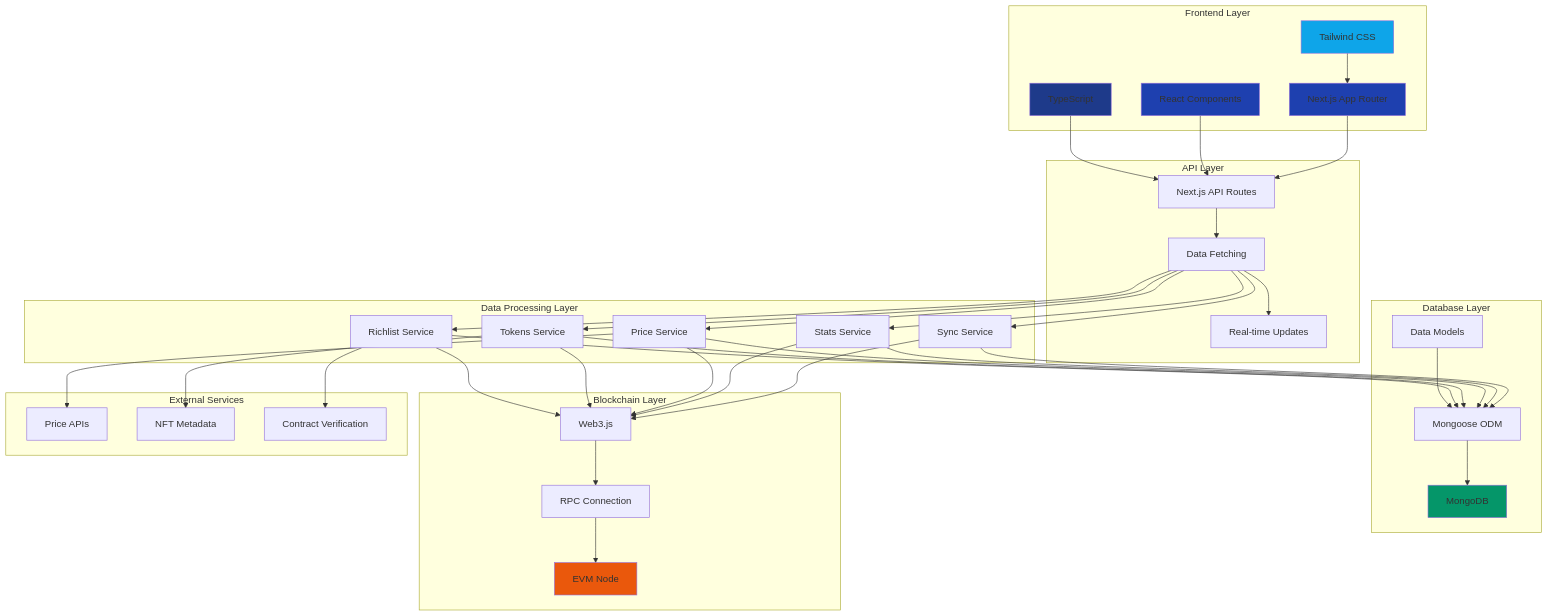
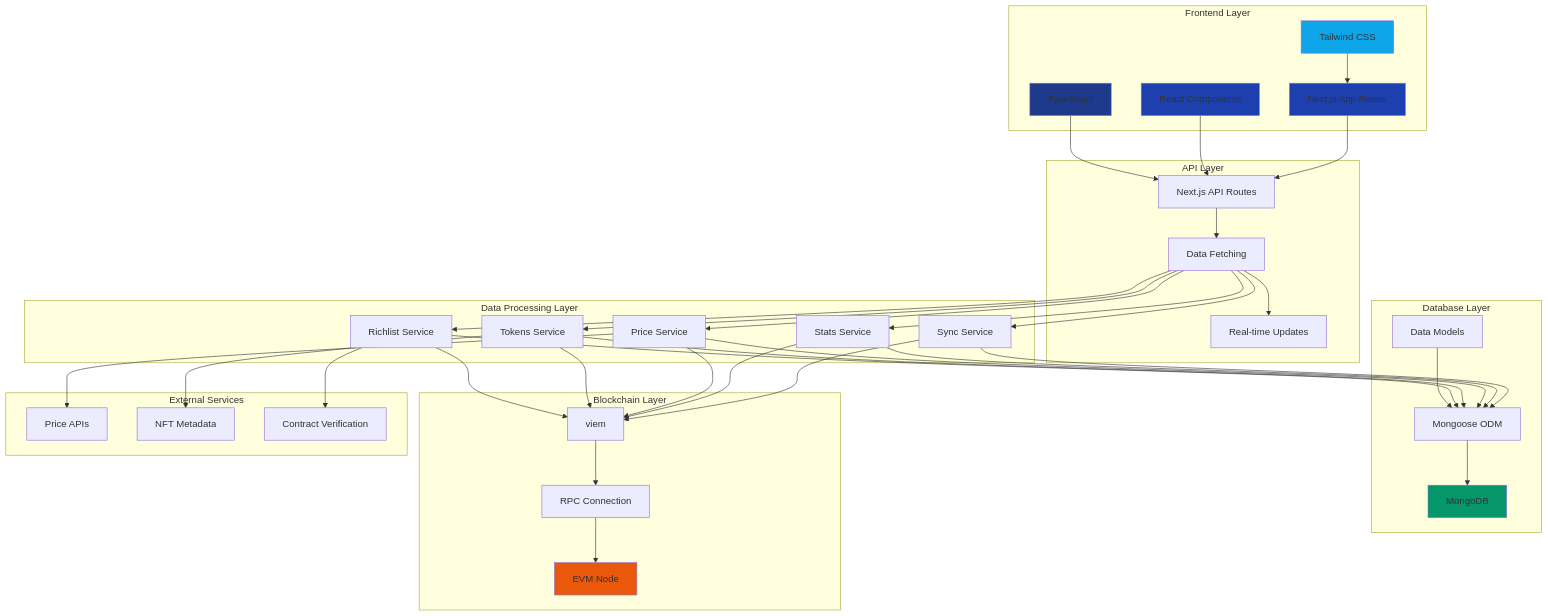
Before and after one commit to virbicoin/vbc-explorer: the first of 2 diagrams in README.md, drawn with Mermaid. The commit also changed other lines of this file and 53 other files, not shown here.

```diff
--- a/README.md
+++ b/README.md
@@ -426,7 +426,7 @@
     
     subgraph "Blockchain Layer"
         P[EVM Node]
-        Q[Web3.js]
+        Q[viem]
         R[RPC Connection]
     end
     
```
